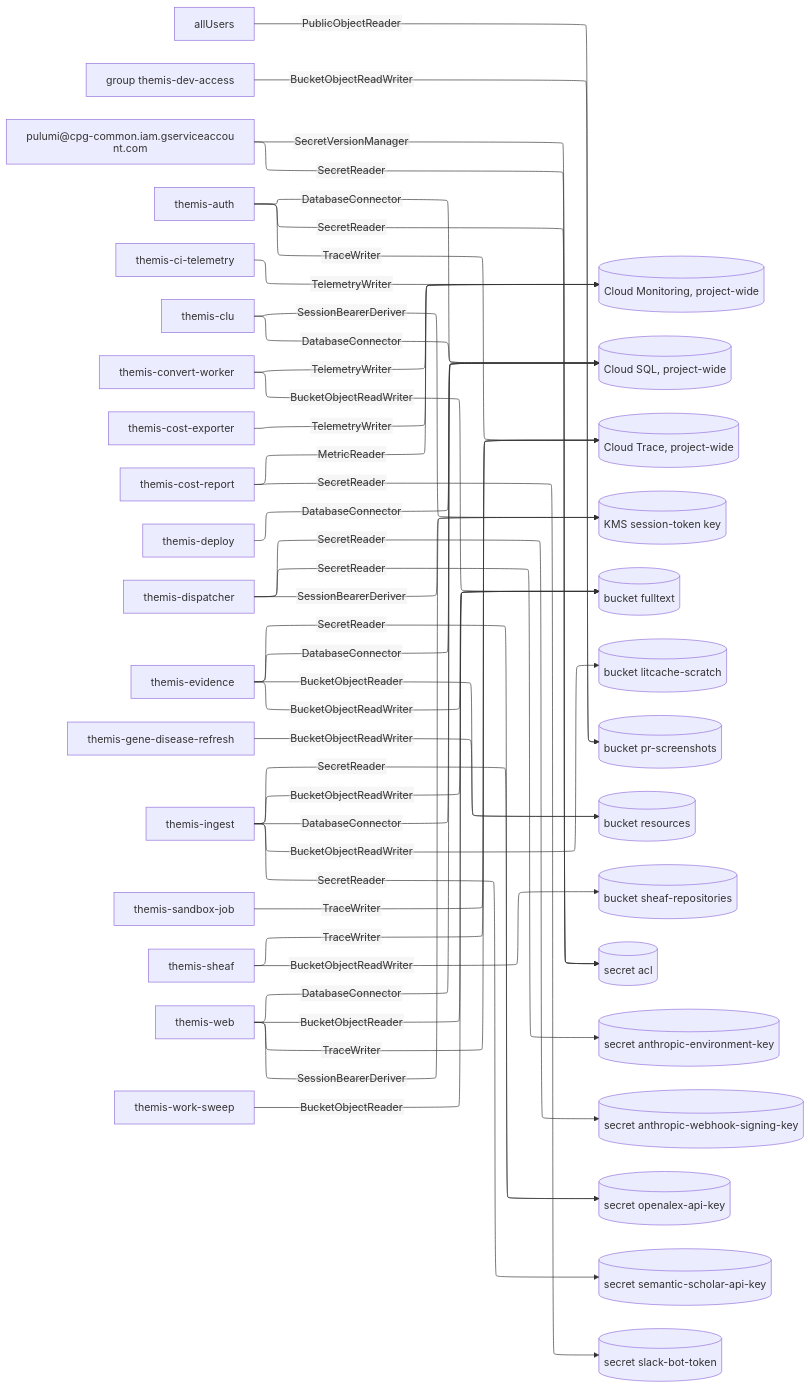
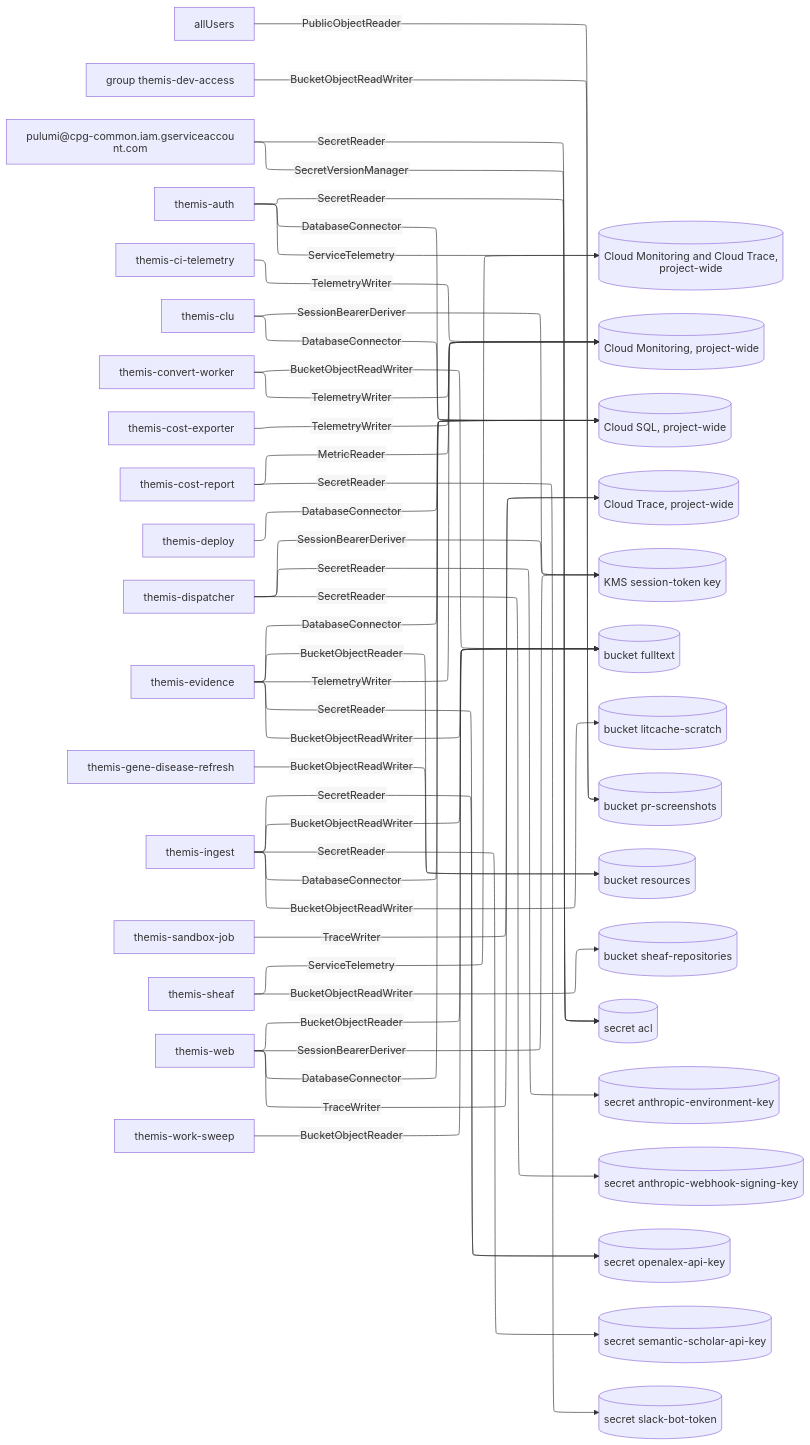
The diagram in docs/design/grants/data.mmd (populationgenomics/themis), drawn with Mermaid before and after one commit. The commit also changed 43 other files, not shown here.

First line of the commit message:
telemetry: RPC, ACL and deploy metrics; alerts read metrics only (#953)

```diff
--- a/docs/design/grants/data.mmd
+++ b/docs/design/grants/data.mmd
@@ -1,72 +1,74 @@
 %%{init: {"layout": "elk", "elk": {"mergeEdges": true, "nodePlacementStrategy": "NETWORK_SIMPLEX"}, "htmlLabels": false, "flowchart": {"htmlLabels": false, "wrappingWidth": 320}}}%%
 flowchart LR
     n0["allUsers"]
     n1["group themis-dev-access"]
     n2["pulumi@cpg-common.iam.gserviceaccount.com"]
     n3["themis-auth"]
     n4["themis-ci-telemetry"]
     n5["themis-clu"]
     n6["themis-convert-worker"]
     n7["themis-cost-exporter"]
     n8["themis-cost-report"]
     n9["themis-deploy"]
     n10["themis-dispatcher"]
     n11["themis-evidence"]
     n12["themis-gene-disease-refresh"]
     n13["themis-ingest"]
     n14["themis-sandbox-job"]
     n15["themis-sheaf"]
     n16["themis-web"]
     n17["themis-work-sweep"]
-    n18[("Cloud Monitoring, project-wide")]
-    n19[("Cloud SQL, project-wide")]
-    n20[("Cloud Trace, project-wide")]
-    n21[("KMS session-token key")]
-    n22[("bucket fulltext")]
-    n23[("bucket litcache-scratch")]
-    n24[("bucket pr-screenshots")]
-    n25[("bucket resources")]
-    n26[("bucket sheaf-repositories")]
-    n27[("secret acl")]
-    n28[("secret anthropic-environment-key")]
-    n29[("secret anthropic-webhook-signing-key")]
-    n30[("secret openalex-api-key")]
-    n31[("secret semantic-scholar-api-key")]
-    n32[("secret slack-bot-token")]
-    n0 -->|PublicObjectReader| n24
-    n1 -->|BucketObjectReadWriter| n24
-    n2 -->|SecretReader| n27
-    n2 -->|SecretVersionManager| n27
-    n3 -->|DatabaseConnector| n19
-    n3 -->|SecretReader| n27
-    n3 -->|TraceWriter| n20
-    n4 -->|TelemetryWriter| n18
-    n5 -->|DatabaseConnector| n19
-    n5 -->|SessionBearerDeriver| n21
-    n6 -->|BucketObjectReadWriter| n22
-    n6 -->|TelemetryWriter| n18
-    n7 -->|TelemetryWriter| n18
-    n8 -->|MetricReader| n18
-    n8 -->|SecretReader| n32
-    n9 -->|DatabaseConnector| n19
-    n10 -->|SecretReader| n28
+    n18[("Cloud Monitoring and Cloud Trace, project-wide")]
+    n19[("Cloud Monitoring, project-wide")]
+    n20[("Cloud SQL, project-wide")]
+    n21[("Cloud Trace, project-wide")]
+    n22[("KMS session-token key")]
+    n23[("bucket fulltext")]
+    n24[("bucket litcache-scratch")]
+    n25[("bucket pr-screenshots")]
+    n26[("bucket resources")]
+    n27[("bucket sheaf-repositories")]
+    n28[("secret acl")]
+    n29[("secret anthropic-environment-key")]
+    n30[("secret anthropic-webhook-signing-key")]
+    n31[("secret openalex-api-key")]
+    n32[("secret semantic-scholar-api-key")]
+    n33[("secret slack-bot-token")]
+    n0 -->|PublicObjectReader| n25
+    n1 -->|BucketObjectReadWriter| n25
+    n2 -->|SecretReader| n28
+    n2 -->|SecretVersionManager| n28
+    n3 -->|DatabaseConnector| n20
+    n3 -->|SecretReader| n28
+    n3 -->|ServiceTelemetry| n18
+    n4 -->|TelemetryWriter| n19
+    n5 -->|DatabaseConnector| n20
+    n5 -->|SessionBearerDeriver| n22
+    n6 -->|BucketObjectReadWriter| n23
+    n6 -->|TelemetryWriter| n19
+    n7 -->|TelemetryWriter| n19
+    n8 -->|MetricReader| n19
+    n8 -->|SecretReader| n33
+    n9 -->|DatabaseConnector| n20
     n10 -->|SecretReader| n29
-    n10 -->|SessionBearerDeriver| n21
-    n11 -->|BucketObjectReadWriter| n22
-    n11 -->|BucketObjectReader| n25
-    n11 -->|DatabaseConnector| n19
-    n11 -->|SecretReader| n30
-    n12 -->|BucketObjectReadWriter| n25
-    n13 -->|BucketObjectReadWriter| n22
+    n10 -->|SecretReader| n30
+    n10 -->|SessionBearerDeriver| n22
+    n11 -->|BucketObjectReadWriter| n23
+    n11 -->|BucketObjectReader| n26
+    n11 -->|DatabaseConnector| n20
+    n11 -->|SecretReader| n31
+    n11 -->|TelemetryWriter| n19
+    n12 -->|BucketObjectReadWriter| n26
     n13 -->|BucketObjectReadWriter| n23
-    n13 -->|DatabaseConnector| n19
-    n13 -->|SecretReader| n30
+    n13 -->|BucketObjectReadWriter| n24
+    n13 -->|DatabaseConnector| n20
     n13 -->|SecretReader| n31
-    n14 -->|TraceWriter| n20
-    n15 -->|BucketObjectReadWriter| n26
-    n15 -->|TraceWriter| n20
-    n16 -->|BucketObjectReader| n22
-    n16 -->|DatabaseConnector| n19
-    n16 -->|SessionBearerDeriver| n21
-    n16 -->|TraceWriter| n20
-    n17 -->|BucketObjectReader| n22
+    n13 -->|SecretReader| n32
+    n14 -->|TraceWriter| n21
+    n15 -->|BucketObjectReadWriter| n27
+    n15 -->|ServiceTelemetry| n18
+    n16 -->|BucketObjectReader| n23
+    n16 -->|DatabaseConnector| n20
+    n16 -->|SessionBearerDeriver| n22
+    n16 -->|TraceWriter| n21
+    n17 -->|BucketObjectReader| n23
```
